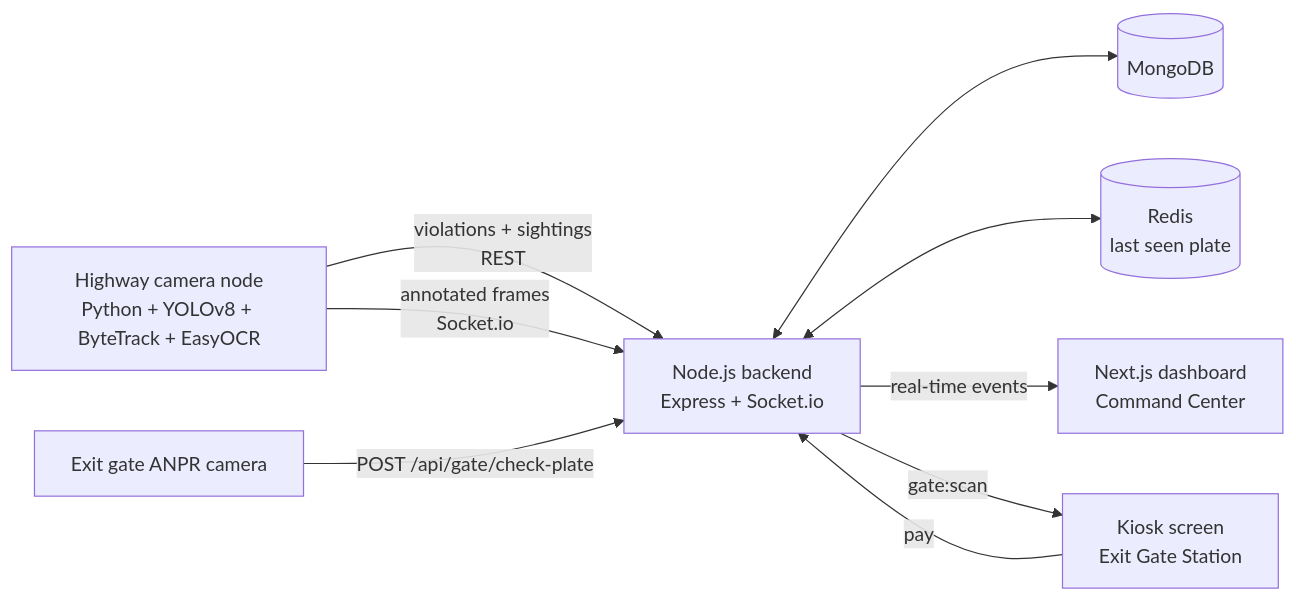
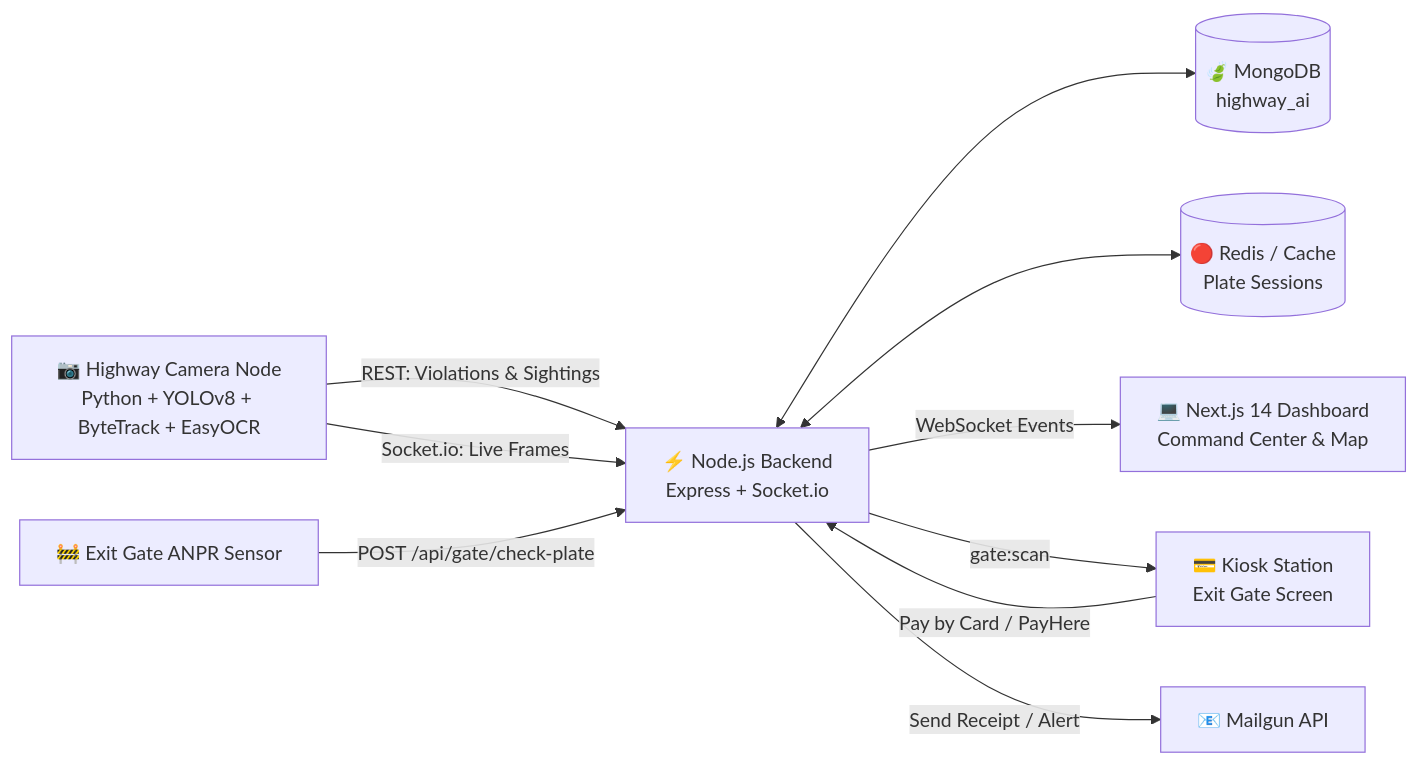
One commit to dulanachathurma/HighWay-AI changed the diagram in README.md. Above: the diagram before and after it, drawn with Mermaid. The commit also changed other lines of this file, not shown here.

Commit message:
docs: update comprehensive README with architecture, credentials, and live features

````diff
--- a/README.md
+++ b/README.md
@@ -58,11 +64,12 @@
 ```mermaid
 flowchart LR
-    A[Highway camera node<br/>Python + YOLOv8 + ByteTrack + EasyOCR] -->|violations + sightings<br/>REST| B[Node.js backend<br/>Express + Socket.io]
-    A -->|annotated frames<br/>Socket.io| B
-    B <--> C[(MongoDB)]
-    B <--> D[(Redis<br/>last seen plate)]
-    B -->|real-time events| E[Next.js dashboard<br/>Command Center]
-    F[Exit gate ANPR camera] -->|POST /api/gate/check-plate| B
-    B -->|gate:scan| G[Kiosk screen<br/>Exit Gate Station]
-    G -->|pay| B
+    A["📷 Highway Camera Node<br/>Python + YOLOv8 + ByteTrack + EasyOCR"] -->|REST: Violations & Sightings| B["⚡ Node.js Backend<br/>Express + Socket.io"]
+    A -->|Socket.io: Live Frames| B
+    B <--> C[("🍃 MongoDB<br/>highway_ai")]
+    B <--> D[("🔴 Redis / Cache<br/>Plate Sessions")]
+    B -->|WebSocket Events| E["💻 Next.js 14 Dashboard<br/>Command Center & Map"]
+    F["🚧 Exit Gate ANPR Sensor"] -->|POST /api/gate/check-plate| B
+    B -->|gate:scan| G["💳 Kiosk Station<br/>Exit Gate Screen"]
+    G -->|Pay by Card / PayHere| B
+    B -->|Send Receipt / Alert| H["📧 Mailgun API"]
 ```
````
